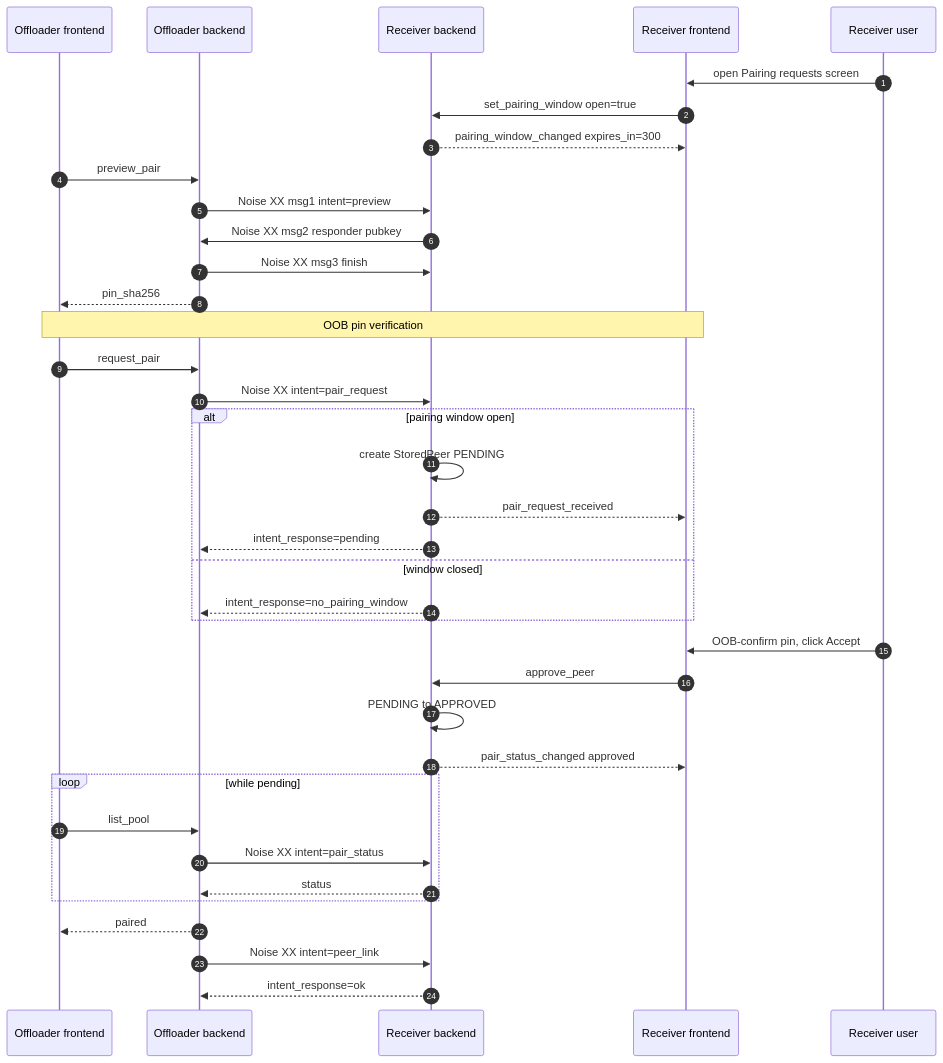
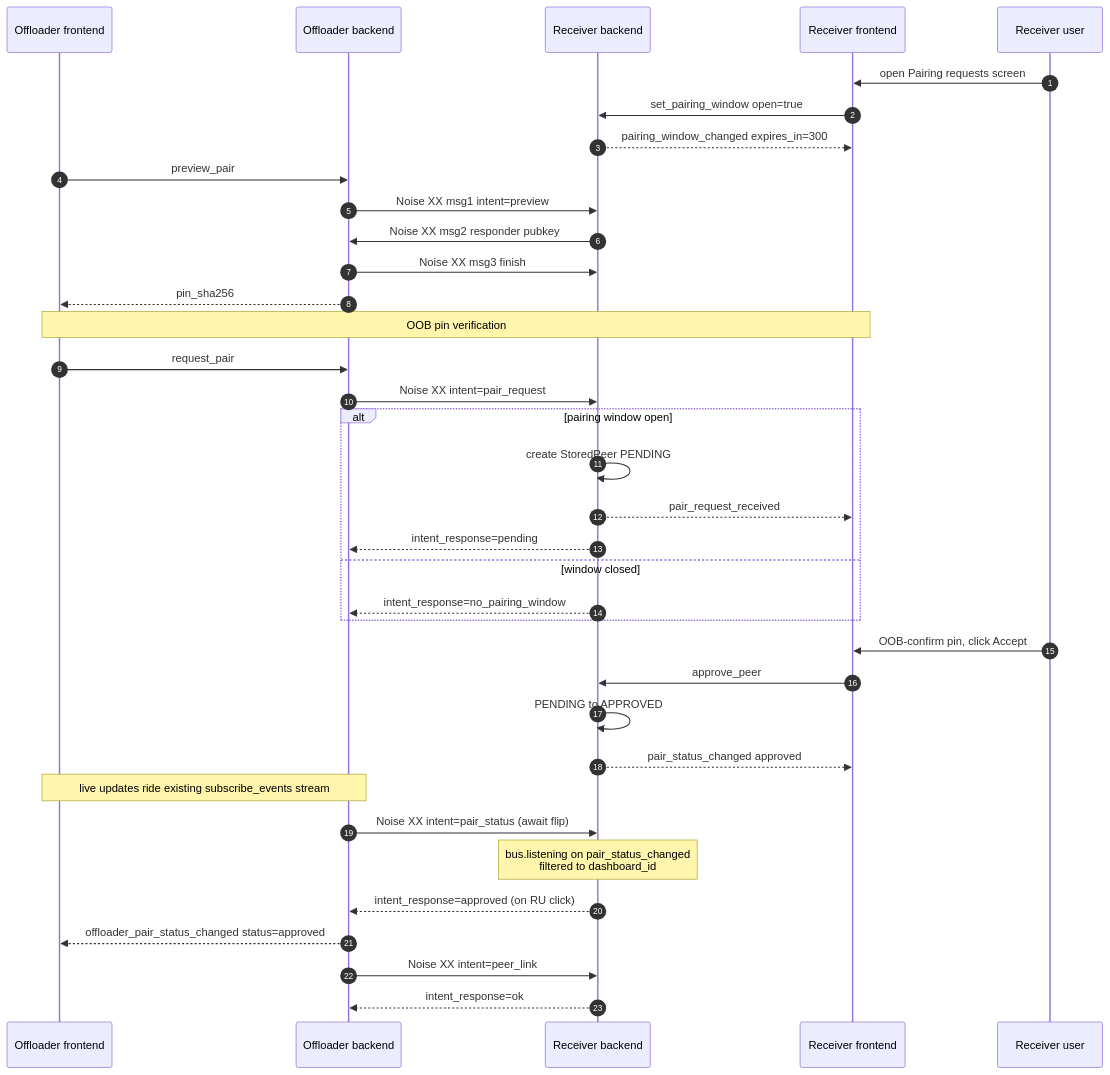
Before and after one commit to DeepCoreSystem/device-builder: the diagram in docs/ARCHITECTURE.md, drawn with Mermaid. The commit also changed other lines of this file and 14 other files, not shown here.

````diff
--- a/docs/ARCHITECTURE.md
+++ b/docs/ARCHITECTURE.md
@@ -280,46 +280,45 @@
 ```mermaid
 sequenceDiagram
     autonumber
     participant OF as Offloader frontend
     participant OB as Offloader backend
     participant RB as Receiver backend
     participant RF as Receiver frontend
     participant RU as Receiver user
 
     RU->>RF: open Pairing requests screen
     RF->>RB: set_pairing_window open=true
     RB-->>RF: pairing_window_changed expires_in=300
 
     OF->>OB: preview_pair
     OB->>RB: Noise XX msg1 intent=preview
     RB->>OB: Noise XX msg2 responder pubkey
     OB->>RB: Noise XX msg3 finish
     OB-->>OF: pin_sha256
 
     Note over OF,RF: OOB pin verification
 
     OF->>OB: request_pair
     OB->>RB: Noise XX intent=pair_request
     alt pairing window open
         RB->>RB: create StoredPeer PENDING
         RB-->>RF: pair_request_received
         RB-->>OB: intent_response=pending
     else window closed
         RB-->>OB: intent_response=no_pairing_window
     end
 
     RU->>RF: OOB-confirm pin, click Accept
     RF->>RB: approve_peer
     RB->>RB: PENDING to APPROVED
     RB-->>RF: pair_status_changed approved
 
-    loop while pending
-        OF->>OB: list_pool
-        OB->>RB: Noise XX intent=pair_status
-        RB-->>OB: status
-    end
-    OB-->>OF: paired
+    Note over OF,OB: live updates ride existing subscribe_events stream
+    OB->>RB: Noise XX intent=pair_status (await flip)
+    Note over RB: bus.listening on pair_status_changed<br/>filtered to dashboard_id
+    RB-->>OB: intent_response=approved (on RU click)
+    OB-->>OF: offloader_pair_status_changed status=approved
 
     OB->>RB: Noise XX intent=peer_link
     RB-->>OB: intent_response=ok
 ```
````
